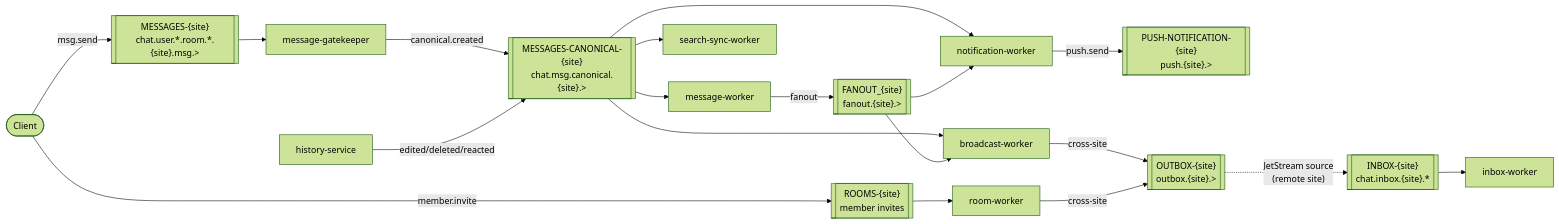
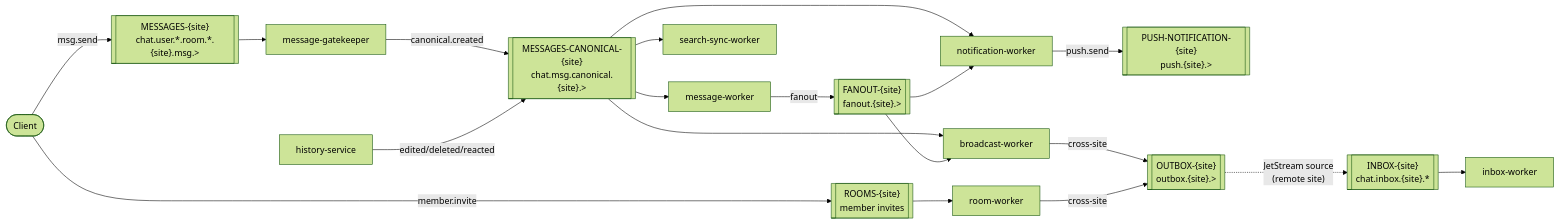
Before and after one commit to hmchangw/newchat: the fourth of 5 diagrams in docs/architecture.md, drawn with Mermaid (forest theme). The commit also changed other lines of this file and 14 other files, not shown here.

````diff
--- a/docs/architecture.md
+++ b/docs/architecture.md
@@ -196,37 +196,37 @@
 ```mermaid
 flowchart LR
     Client(["Client"])
 
     MESSAGES[["MESSAGES-{site}<br/>chat.user.*.room.*.{site}.msg.&gt;"]]
     CANON[["MESSAGES-CANONICAL-{site}<br/>chat.msg.canonical.{site}.&gt;"]]
-    FANOUT[["FANOUT_{site}<br/>fanout.{site}.&gt;"]]
+    FANOUT[["FANOUT-{site}<br/>fanout.{site}.&gt;"]]
     ROOMS[["ROOMS-{site}<br/>member invites"]]
     PUSH[["PUSH-NOTIFICATION-{site}<br/>push.{site}.&gt;"]]
     OUTBOX[["OUTBOX-{site}<br/>outbox.{site}.&gt;"]]
     INBOX[["INBOX-{site}<br/>chat.inbox.{site}.*"]]
 
     Client -->|msg.send| MESSAGES
     MESSAGES --> GK[message-gatekeeper]
     GK -->|canonical.created| CANON
 
     CANON --> MW[message-worker]
     CANON --> BW[broadcast-worker]
     CANON --> NW[notification-worker]
     CANON --> SS[search-sync-worker]
 
     MW -->|fanout| FANOUT
     FANOUT --> BW
     FANOUT --> NW
 
     Client -->|member.invite| ROOMS
     ROOMS --> RW[room-worker]
 
     NW -->|push.send| PUSH
 
     BW -->|cross-site| OUTBOX
     RW -->|cross-site| OUTBOX
     OUTBOX -. "JetStream source<br/>(remote site)" .-> INBOX
     INBOX --> IW[inbox-worker]
 
     HS[history-service] -->|edited/deleted/reacted| CANON
 ```
````
